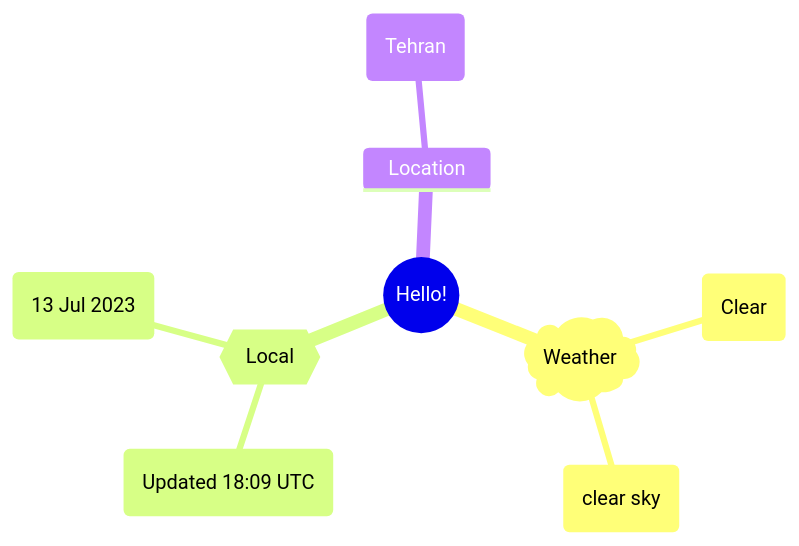
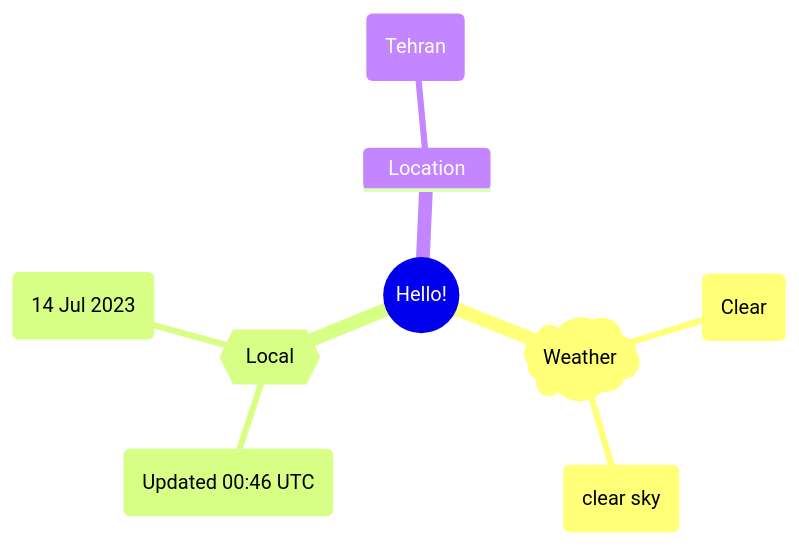
The first of 2 diagrams in README.md (Xosrov/Xosrov), drawn with Mermaid before and after one commit.

Commit message:
[bot] updated images

````diff
--- a/README.md
+++ b/README.md
@@ -3,12 +3,12 @@
 ```mermaid
 mindmap
   root((Hello!))
     )Weather(
         (Clear)
         (clear sky)
     {{Local}}
-        (Updated 18:09 UTC)
-        (13 Jul 2023)
+        (Updated 00:46 UTC)
+        (14 Jul 2023)
     Location
         (Tehran)
 ```
````
